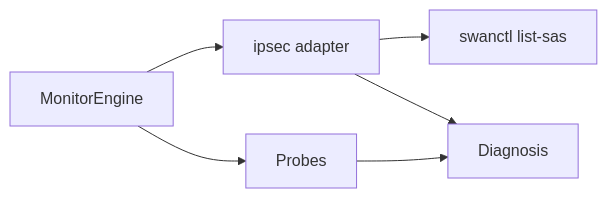
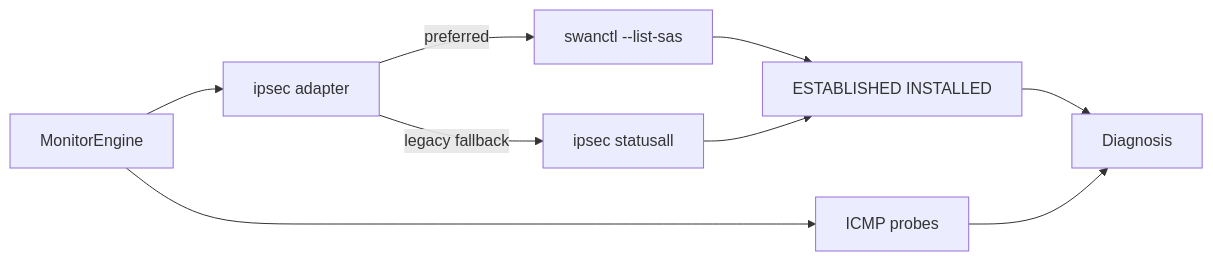
One commit to roto31/Tunnel-Monitor---Universal changed the fourth of 4 diagrams in docs/vpn-solutions/ipsec-ikev2.md. Above: the diagram before and after it, drawn with Mermaid. The commit also changed other lines of this file and 25 other files, not shown here.

First line of the commit message:
Docs: add vendor citations, topology SVGs, and updated Mermaid.

````diff
--- a/docs/vpn-solutions/ipsec-ikev2.md
+++ b/docs/vpn-solutions/ipsec-ikev2.md
@@ -52,8 +60,11 @@
 ```mermaid
 flowchart LR
     E[MonitorEngine] --> A[ipsec adapter]
-    A --> SW[swanctl list-sas]
-    E --> P[Probes]
-    A --> D[Diagnosis]
+    A -->|preferred| SW[swanctl --list-sas]
+    A -->|legacy fallback| IP[ipsec statusall]
+    SW --> PARSE[ESTABLISHED INSTALLED]
+    IP --> PARSE
+    E --> P[ICMP probes]
+    PARSE --> D[Diagnosis]
     P --> D
 ```
````
